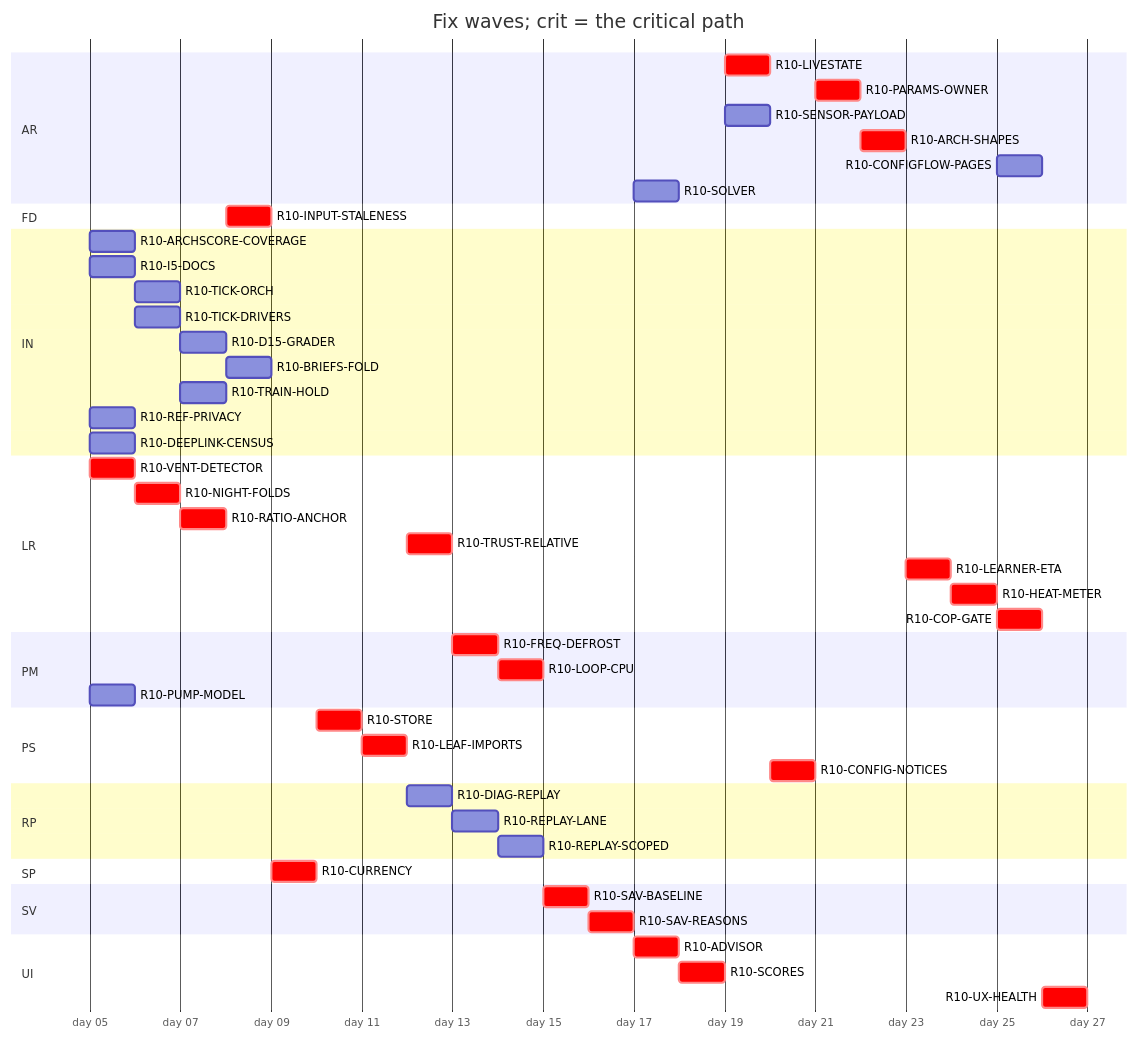
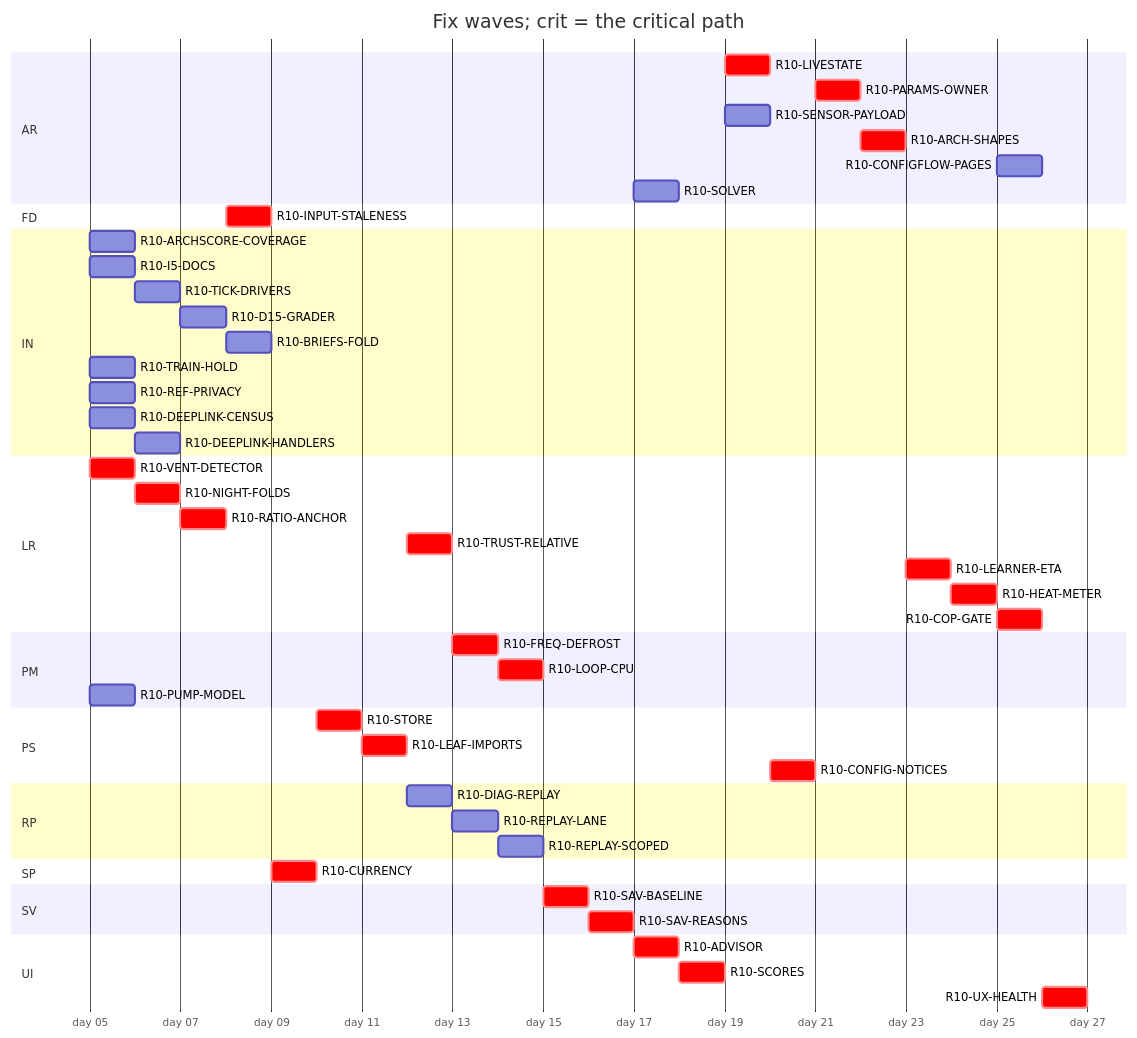
Before and after one commit to tvofi/heatpump_optimizer: the diagram in handoff/round10/state/PLAN-TABLE.md, drawn with Mermaid. The commit also changed other lines of this file and 2 other files, not shown here.

````diff
--- a/handoff/round10/state/PLAN-TABLE.md
+++ b/handoff/round10/state/PLAN-TABLE.md
@@ -23,54 +23,54 @@
 ```mermaid
 gantt
   title Fix waves; crit = the critical path
   dateFormat YYYY-MM-DD
   axisFormat day %d
   section AR
     R10-LIVESTATE :crit, r10LIVESTATE, after r10SCORES r10PUMPMODEL, 1d
     R10-PARAMS-OWNER :crit, r10PARAMSOWNER, after r10CONFIGNOTICES r10ARCHSCORECOVERAGE, 1d
     R10-SENSOR-PAYLOAD :r10SENSORPAYLOAD, after r10SCORES, 1d
     R10-ARCH-SHAPES :crit, r10ARCHSHAPES, after r10PARAMSOWNER r10SENSORPAYLOAD r10FREQDEFROST, 1d
     R10-CONFIGFLOW-PAGES :r10CONFIGFLOWPAGES, after r10HEATMETER, 1d
     R10-SOLVER :r10SOLVER, after r10SAVREASONS, 1d
   section FD
     R10-INPUT-STALENESS :crit, r10INPUTSTALENESS, after r10RATIOANCHOR, 1d
   section IN
     R10-ARCHSCORE-COVERAGE :r10ARCHSCORECOVERAGE, 2026-01-05, 1d
     R10-I5-DOCS :r10I5DOCS, 2026-01-05, 1d
-    R10-TICK-ORCH :r10TICKORCH, after r10REFPRIVACY, 1d
     R10-TICK-DRIVERS :r10TICKDRIVERS, after r10REFPRIVACY, 1d
     R10-D15-GRADER :r10D15GRADER, after r10TICKDRIVERS, 1d
     R10-BRIEFS-FOLD :r10BRIEFSFOLD, after r10ARCHSCORECOVERAGE r10D15GRADER, 1d
-    R10-TRAIN-HOLD :r10TRAINHOLD, after r10TICKORCH, 1d
+    R10-TRAIN-HOLD :r10TRAINHOLD, 2026-01-05, 1d
     R10-REF-PRIVACY :r10REFPRIVACY, 2026-01-05, 1d
     R10-DEEPLINK-CENSUS :r10DEEPLINKCENSUS, 2026-01-05, 1d
+    R10-DEEPLINK-HANDLERS :r10DEEPLINKHANDLERS, after r10DEEPLINKCENSUS, 1d
   section LR
     R10-VENT-DETECTOR :crit, r10VENTDETECTOR, 2026-01-05, 1d
     R10-NIGHT-FOLDS :crit, r10NIGHTFOLDS, after r10VENTDETECTOR, 1d
     R10-RATIO-ANCHOR :crit, r10RATIOANCHOR, after r10NIGHTFOLDS, 1d
     R10-TRUST-RELATIVE :crit, r10TRUSTRELATIVE, after r10LEAFIMPORTS, 1d
     R10-LEARNER-ETA :crit, r10LEARNERETA, after r10ARCHSHAPES, 1d
     R10-HEAT-METER :crit, r10HEATMETER, after r10LEARNERETA r10INPUTSTALENESS r10RATIOANCHOR, 1d
     R10-COP-GATE :crit, r10COPGATE, after r10HEATMETER r10SENSORPAYLOAD, 1d
   section PM
     R10-FREQ-DEFROST :crit, r10FREQDEFROST, after r10TRUSTRELATIVE, 1d
     R10-LOOP-CPU :crit, r10LOOPCPU, after r10FREQDEFROST, 1d
     R10-PUMP-MODEL :r10PUMPMODEL, 2026-01-05, 1d
   section PS
     R10-STORE :crit, r10STORE, after r10CURRENCY, 1d
     R10-LEAF-IMPORTS :crit, r10LEAFIMPORTS, after r10STORE r10NIGHTFOLDS, 1d
     R10-CONFIG-NOTICES :crit, r10CONFIGNOTICES, after r10LIVESTATE, 1d
   section RP
     R10-DIAG-REPLAY :r10DIAGREPLAY, after r10LEAFIMPORTS, 1d
     R10-REPLAY-LANE :r10REPLAYLANE, after r10DIAGREPLAY, 1d
-    R10-REPLAY-SCOPED :r10REPLAYSCOPED, after r10REPLAYLANE r10TICKORCH r10TRAINHOLD r10REFPRIVACY, 1d
+    R10-REPLAY-SCOPED :r10REPLAYSCOPED, after r10REPLAYLANE r10TRAINHOLD r10REFPRIVACY, 1d
   section SP
     R10-CURRENCY :crit, r10CURRENCY, after r10INPUTSTALENESS, 1d
   section SV
     R10-SAV-BASELINE :crit, r10SAVBASELINE, after r10LOOPCPU, 1d
     R10-SAV-REASONS :crit, r10SAVREASONS, after r10SAVBASELINE r10LEAFIMPORTS, 1d
   section UI
     R10-ADVISOR :crit, r10ADVISOR, after r10SAVREASONS, 1d
     R10-SCORES :crit, r10SCORES, after r10ADVISOR, 1d
     R10-UX-HEALTH :crit, r10UXHEALTH, after r10SCORES r10COPGATE r10HEATMETER, 1d
 ```
````
